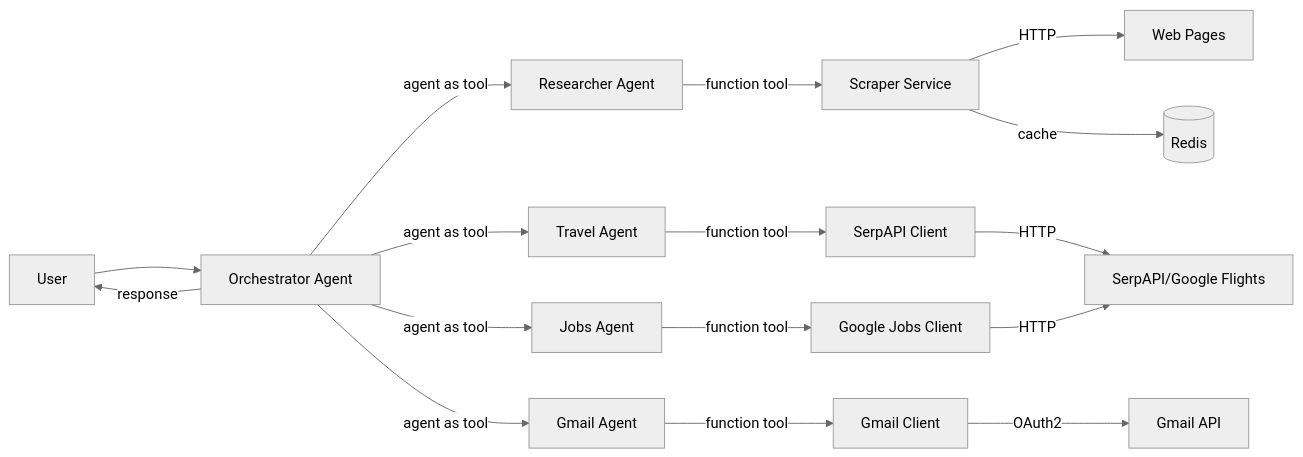
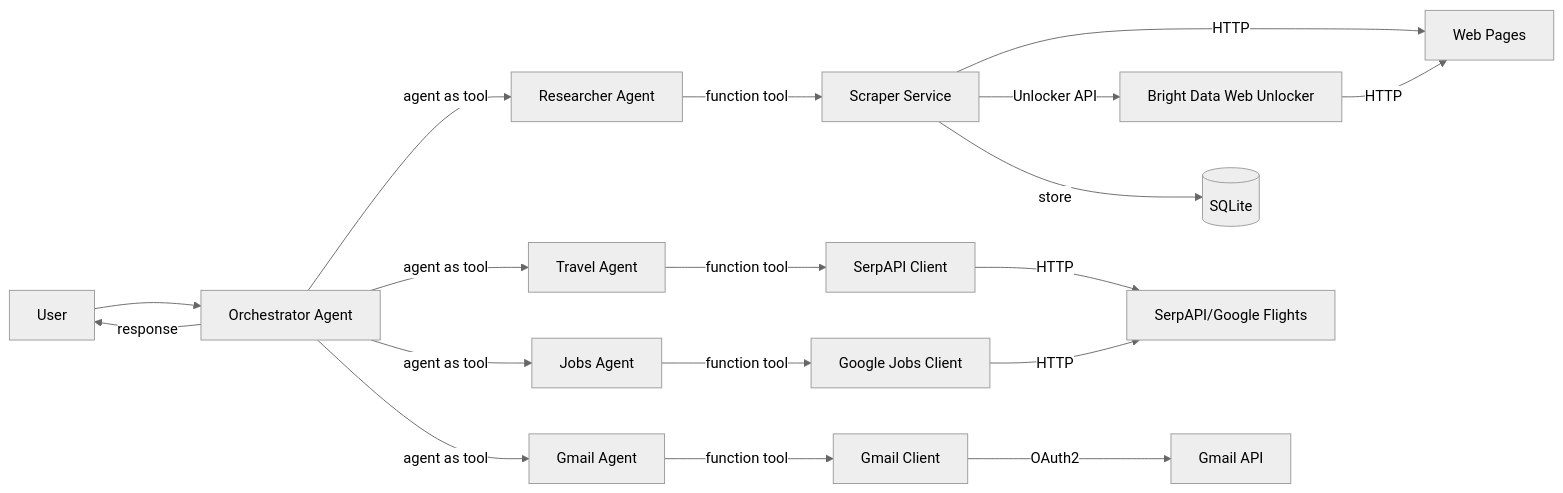
One commit to zeketx/AgentsSDK_OpenAI_Lab changed the first of 3 diagrams in architecture.md. Above: the diagram before and after it, drawn with Mermaid (neutral theme). The commit also changed other lines of this file and 15 other files, not shown here.

````diff
--- a/architecture.md
+++ b/architecture.md
@@ -7,24 +7,26 @@
 ```mermaid
 flowchart LR
     user[User] --> manager[Orchestrator Agent]
     
     manager -->|agent as tool| researcher[Researcher Agent]
     manager -->|agent as tool| travel[Travel Agent]
     manager -->|agent as tool| jobs[Jobs Agent]
     manager -->|agent as tool| gmail[Gmail Agent]
     
     researcher -->|function tool| scraper[Scraper Service]
     scraper -->|HTTP| web[Web Pages]
-    scraper -->|cache| redis[(Redis)]
+    scraper -->|Unlocker API| unlocker[Bright Data Web Unlocker]
+    unlocker -->|HTTP| web
+    scraper -->|store| sqlite[(SQLite)]
     
     travel -->|function tool| serpapi[SerpAPI Client]
     serpapi -->|HTTP| serpapi_service[SerpAPI/Google Flights]
     
     jobs -->|function tool| jobs_client[Google Jobs Client]
     jobs_client -->|HTTP| serpapi_service
     
     gmail -->|function tool| gmail_client[Gmail Client]
     gmail_client -->|OAuth2| gmail_api[Gmail API]
     
     manager -->|response| user
 ```
````
